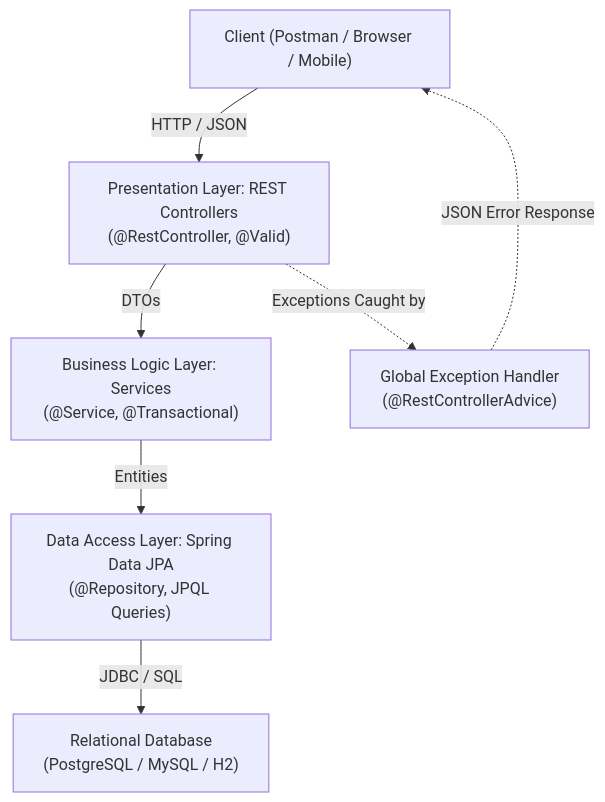
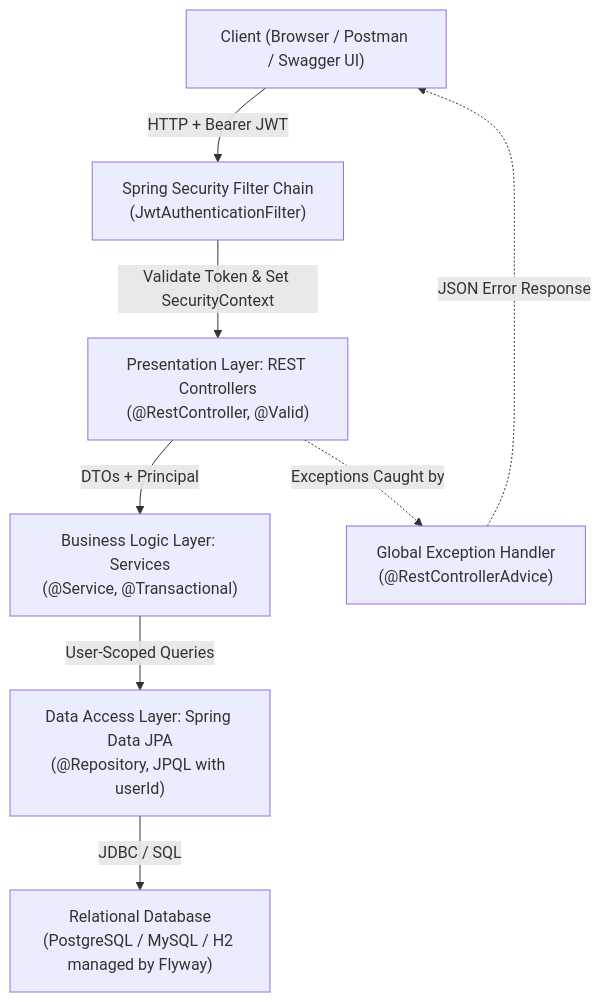
The first of 2 diagrams in README.md (vedant0517/ExpenseTracker), drawn with Mermaid before and after one commit. The commit also changed other lines of this file and 31 other files, not shown here.

````diff
--- a/README.md
+++ b/README.md
@@ -49,9 +71,10 @@
 ```mermaid
 graph TD
-    Client["Client (Postman / Browser / Mobile)"] -->|HTTP / JSON| Controller["Presentation Layer: REST Controllers<br/>(@RestController, @Valid)"]
-    Controller -->|DTOs| Service["Business Logic Layer: Services<br/>(@Service, @Transactional)"]
-    Service -->|Entities| Repository["Data Access Layer: Spring Data JPA<br/>(@Repository, JPQL Queries)"]
-    Repository -->|JDBC / SQL| Database["Relational Database<br/>(PostgreSQL / MySQL / H2)"]
+    Client["Client (Browser / Postman / Swagger UI)"] -->|HTTP + Bearer JWT| FilterChain["Spring Security Filter Chain<br/>(JwtAuthenticationFilter)"]
+    FilterChain -->|Validate Token & Set SecurityContext| Controller["Presentation Layer: REST Controllers<br/>(@RestController, @Valid)"]
+    Controller -->|DTOs + Principal| Service["Business Logic Layer: Services<br/>(@Service, @Transactional)"]
+    Service -->|User-Scoped Queries| Repository["Data Access Layer: Spring Data JPA<br/>(@Repository, JPQL with userId)"]
+    Repository -->|JDBC / SQL| Database["Relational Database<br/>(PostgreSQL / MySQL / H2 managed by Flyway)"]
     Controller -.->|Exceptions Caught by| Advice["Global Exception Handler<br/>(@RestControllerAdvice)"]
     Advice -.->|JSON Error Response| Client
 ```
````
